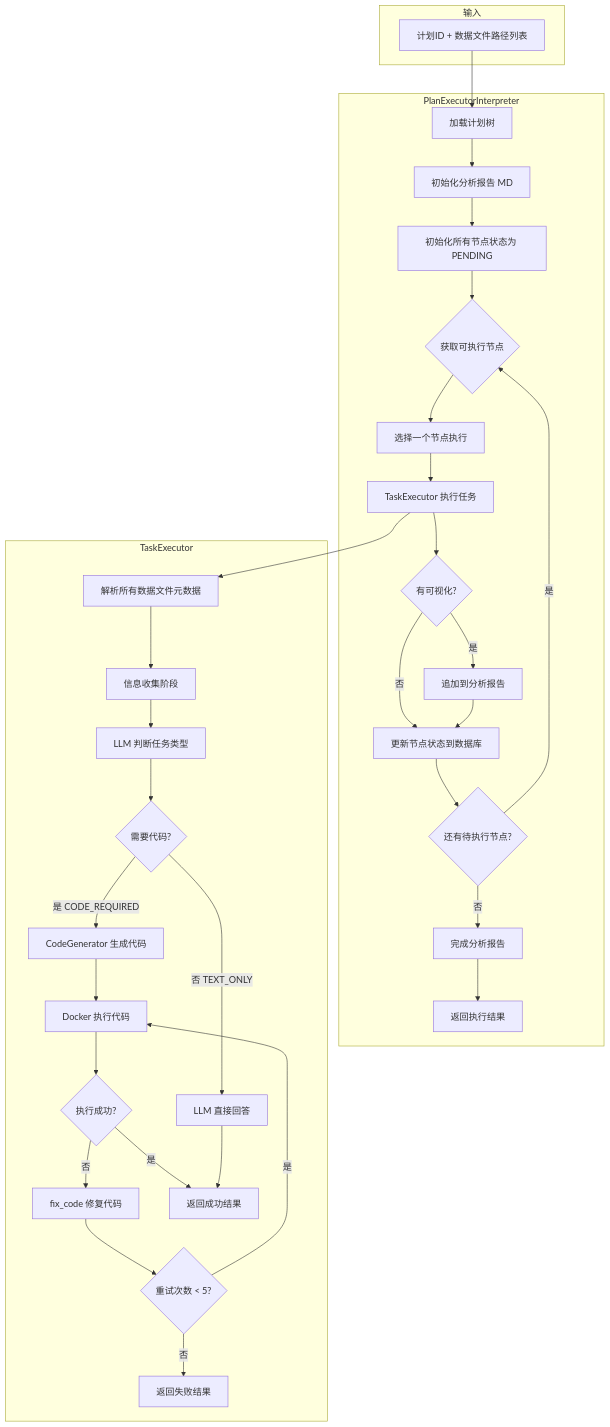
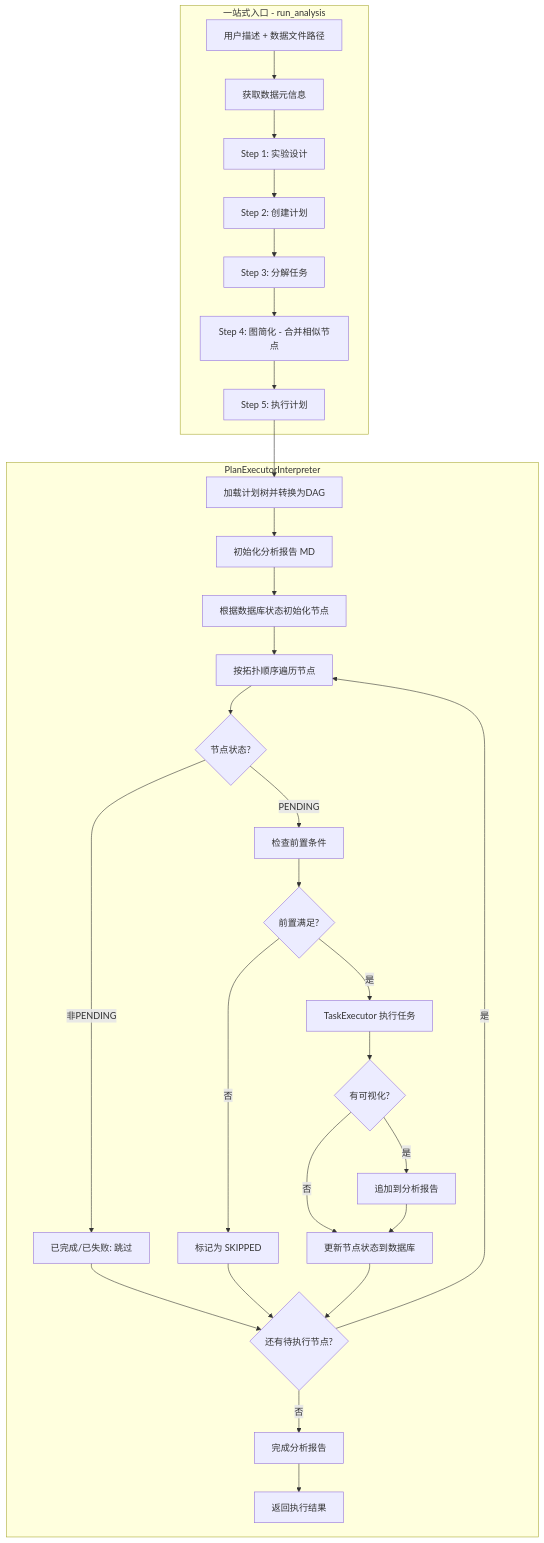
Before and after one commit to Org-GAgent/result-interpreter: the first of 7 diagrams in app/services/interpreter/docs/interpreter_workflow.md, drawn with Mermaid. The commit also changed other lines of this file and 9 other files, not shown here.

````diff
--- a/app/services/interpreter/docs/interpreter_workflow.md
+++ b/app/services/interpreter/docs/interpreter_workflow.md
@@ -33,66 +38,51 @@
 ```mermaid
 flowchart TD
-    subgraph 输入
-        A[计划ID + 数据文件路径列表]
+    subgraph 一站式入口 - run_analysis
+        A0[用户描述 + 数据文件路径] --> A1[获取数据元信息]
+        A1 --> A2[Step 1: 实验设计]
+        A2 --> A3[Step 2: 创建计划]
+        A3 --> A4[Step 3: 分解任务]
+        A4 --> A5[Step 4: 图简化 - 合并相似节点]
+        A5 --> A6[Step 5: 执行计划]
     end
 
     subgraph PlanExecutorInterpreter
-        B[加载计划树]
+        B[加载计划树并转换为DAG]
         B1[初始化分析报告 MD]
-        C[初始化所有节点状态为 PENDING]
-        D{获取可执行节点}
-        E[选择一个节点执行]
+        C[根据数据库状态初始化节点]
+        D[按拓扑顺序遍历节点]
+        E{节点状态?}
+        E1[已完成/已失败: 跳过]
+        E2[检查前置条件]
+        E3{前置满足?}
+        E4[标记为 SKIPPED]
         F[TaskExecutor 执行任务]
         F_VIS{有可视化?}
         F_VIS_Y[追加到分析报告]
         G[更新节点状态到数据库]
         H{还有待执行节点?}
         I[完成分析报告]
         J[返回执行结果]
     end
 
-    subgraph TaskExecutor
-        F1[解析所有数据文件元数据]
-        F2[信息收集阶段]
-        F3[LLM 判断任务类型]
-        F4{需要代码?}
-        F5[CodeGenerator 生成代码]
-        F6[Docker 执行代码]
-        F7{执行成功?}
-        F8[fix_code 修复代码]
-        F9{重试次数 < 5?}
-        F10[返回成功结果]
-        F11[返回失败结果]
-        F12[LLM 直接回答]
-    end
-
-    A --> B
+    A6 --> B
     B --> B1
     B1 --> C
     C --> D
     D --> E
-    E --> F
+    E -->|PENDING| E2
+    E -->|非PENDING| E1
+    E1 --> H
+    E2 --> E3
+    E3 -->|是| F
+    E3 -->|否| E4
+    E4 --> H
     F --> F_VIS
     F_VIS -->|是| F_VIS_Y
     F_VIS -->|否| G
     F_VIS_Y --> G
     G --> H
     H -->|是| D
     H -->|否| I
     I --> J
-
-    F --> F1
-    F1 --> F2
-    F2 --> F3
-    F3 --> F4
-    F4 -->|是 CODE_REQUIRED| F5
-    F4 -->|否 TEXT_ONLY| F12
-    F5 --> F6
-    F6 --> F7
-    F7 -->|是| F10
-    F7 -->|否| F8
-    F8 --> F9
-    F9 -->|是| F6
-    F9 -->|否| F11
-    F12 --> F10
 ```
````
